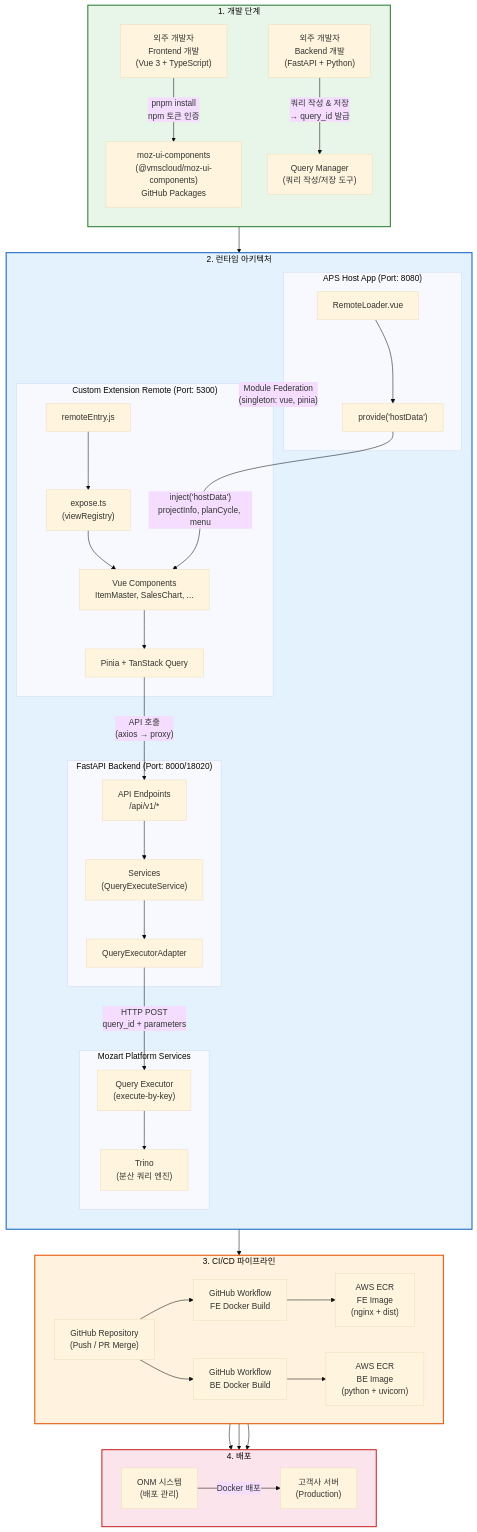
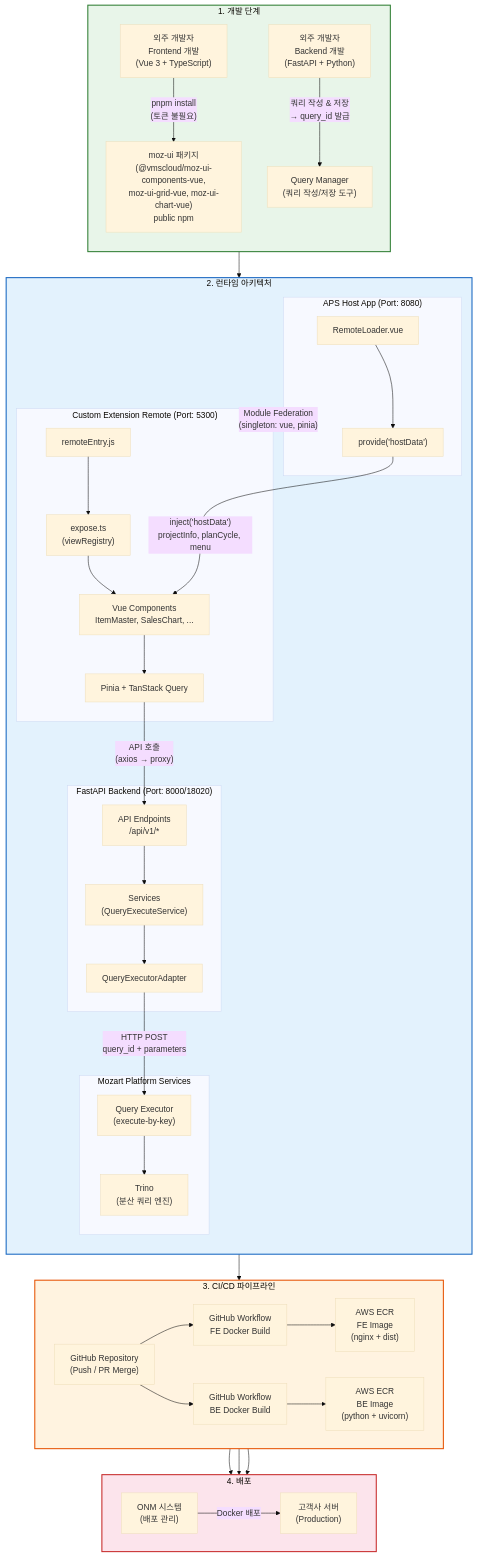
One commit to vmscloud/custom-ui-templates changed the first of 5 diagrams in docs/ARCHITECTURE_DIAGRAM.md. Above: the diagram before and after it, drawn with Mermaid (base theme). The commit also changed other lines of this file and 90 other files, not shown here.

First line of the commit message:
Feat: UI 패키지를 public npm 신규 트랙으로 전환하고 Wijmo 제거 [ITSM-2026-123123]

````diff
--- a/docs/ARCHITECTURE_DIAGRAM.md
+++ b/docs/ARCHITECTURE_DIAGRAM.md
@@ -5,78 +5,78 @@
 ```mermaid
 flowchart TB
     subgraph DEV["1. 개발 단계"]
         direction TB
         DEV_FE["외주 개발자<br/>Frontend 개발<br/>(Vue 3 + TypeScript)"]
         DEV_BE["외주 개발자<br/>Backend 개발<br/>(FastAPI + Python)"]
-        MOZ_UI["moz-ui-components<br/>(@vmscloud/moz-ui-components)<br/>GitHub Packages"]
+        MOZ_UI["moz-ui 패키지<br/>(@vmscloud/moz-ui-components-vue,<br/>moz-ui-grid-vue, moz-ui-chart-vue)<br/>public npm"]
         QM["Query Manager<br/>(쿼리 작성/저장 도구)"]
 
-        DEV_FE -->|"pnpm install<br/>npm 토큰 인증"| MOZ_UI
+        DEV_FE -->|"pnpm install<br/>(토큰 불필요)"| MOZ_UI
         DEV_BE -->|"쿼리 작성 & 저장<br/>→ query_id 발급"| QM
     end
 
     subgraph RUNTIME["2. 런타임 아키텍처"]
         direction TB
         subgraph HOST["APS Host App (Port: 8080)"]
             RL["RemoteLoader.vue"]
             HD["provide('hostData')"]
             RL --> HD
         end
 
         subgraph REMOTE["Custom Extension Remote (Port: 5300)"]
             RE["remoteEntry.js"]
             EXP["expose.ts<br/>(viewRegistry)"]
             COMP["Vue Components<br/>ItemMaster, SalesChart, ..."]
             STORE["Pinia + TanStack Query"]
             RE --> EXP --> COMP --> STORE
         end
 
         subgraph BACKEND["FastAPI Backend (Port: 8000/18020)"]
             API["API Endpoints<br/>/api/v1/*"]
             SVC["Services<br/>(QueryExecuteService)"]
             ADP["QueryExecutorAdapter"]
             API --> SVC --> ADP
         end
 
         subgraph MOZART["Mozart Platform Services"]
             QE["Query Executor<br/>(execute-by-key)"]
             TRINO["Trino<br/>(분산 쿼리 엔진)"]
             QE --> TRINO
         end
 
         HOST -->|"Module Federation<br/>(singleton: vue, pinia)"| REMOTE
         HD -->|"inject('hostData')<br/>projectInfo, planCycle, menu"| COMP
         STORE -->|"API 호출<br/>(axios → proxy)"| API
         ADP -->|"HTTP POST<br/>query_id + parameters"| QE
     end
 
     subgraph CICD["3. CI/CD 파이프라인"]
         direction LR
         GH["GitHub Repository<br/>(Push / PR Merge)"]
         WF_FE["GitHub Workflow<br/>FE Docker Build"]
         WF_BE["GitHub Workflow<br/>BE Docker Build"]
         ECR_FE["AWS ECR<br/>FE Image<br/>(nginx + dist)"]
         ECR_BE["AWS ECR<br/>BE Image<br/>(python + uvicorn)"]
 
         GH --> WF_FE --> ECR_FE
         GH --> WF_BE --> ECR_BE
     end
 
     subgraph DEPLOY["4. 배포"]
         direction LR
         ONM["ONM 시스템<br/>(배포 관리)"]
         CUST["고객사 서버<br/>(Production)"]
         ECR_FE --> ONM
         ECR_BE --> ONM
         ONM -->|"Docker 배포"| CUST
     end
 
     DEV --> RUNTIME
     RUNTIME --> CICD
     CICD --> DEPLOY
 
     style DEV fill:#e8f5e9,stroke:#2e7d32,stroke-width:2px
     style RUNTIME fill:#e3f2fd,stroke:#1565c0,stroke-width:2px
     style CICD fill:#fff3e0,stroke:#e65100,stroke-width:2px
     style DEPLOY fill:#fce4ec,stroke:#c62828,stroke-width:2px
 ```
````
